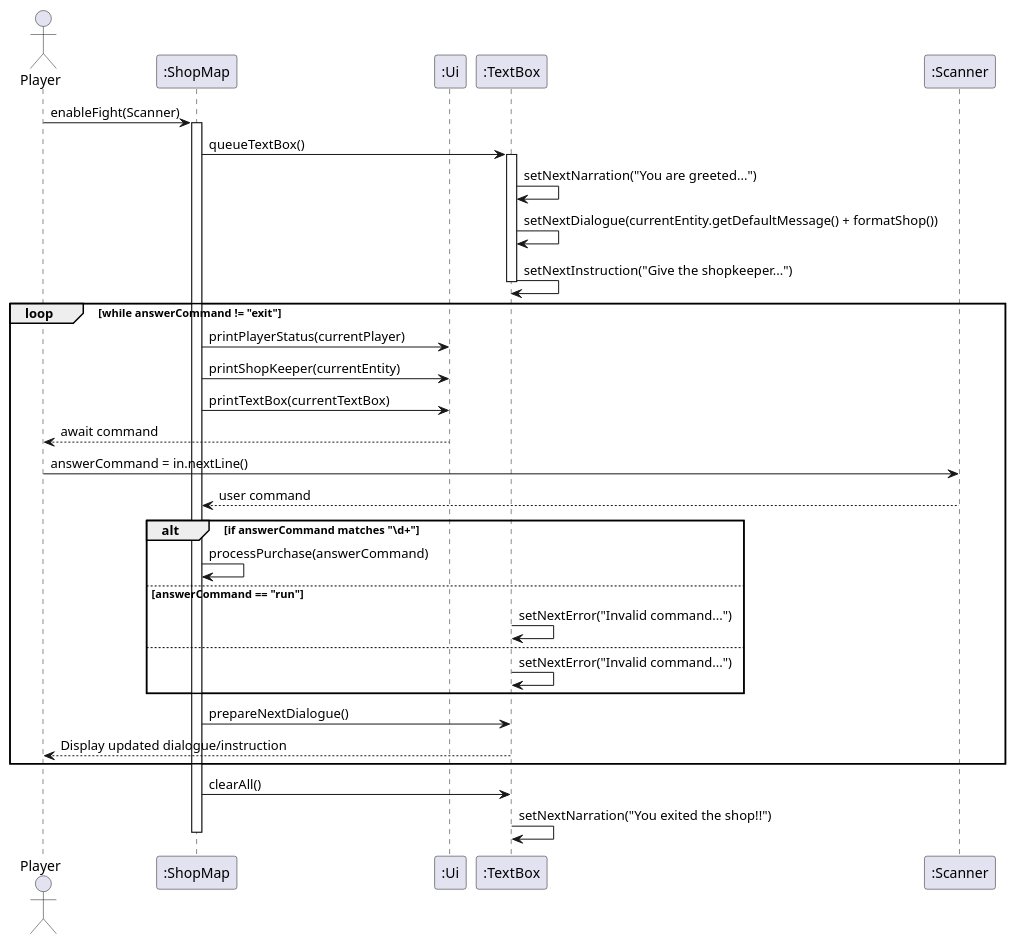
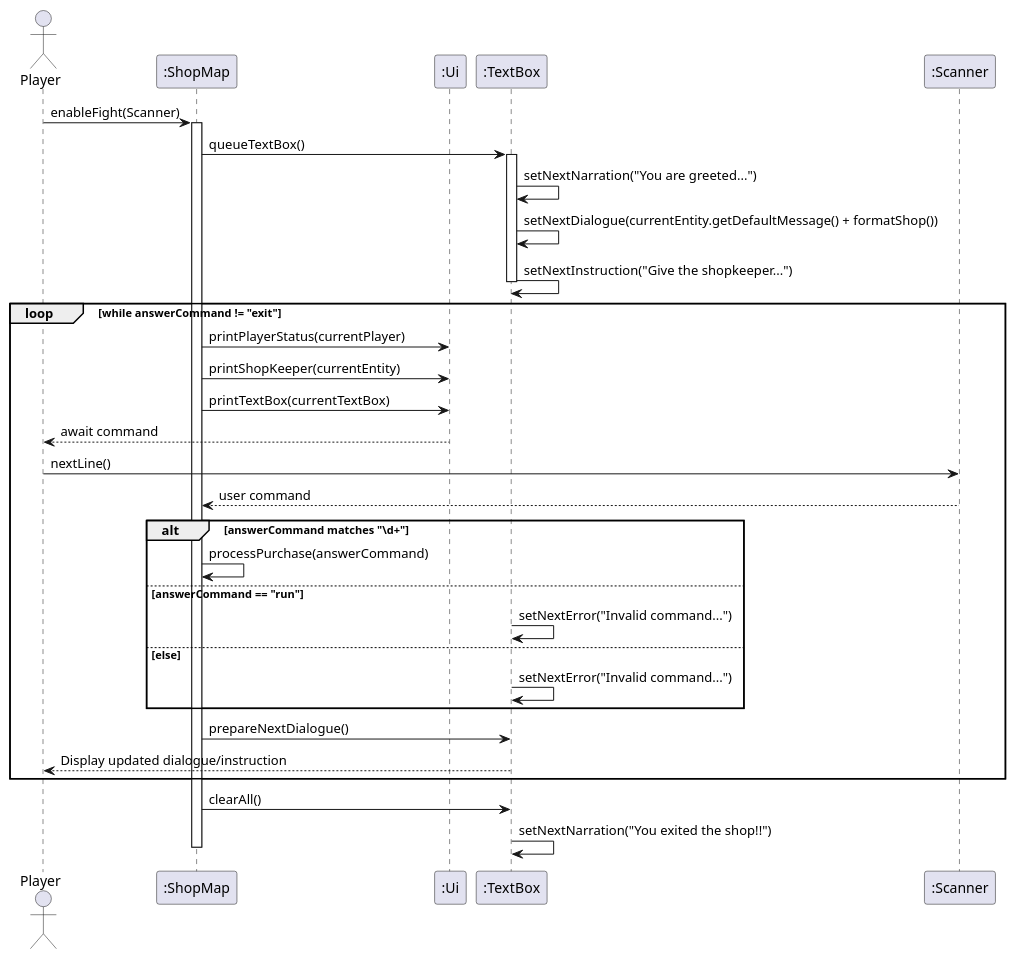
One commit to aaravrawal52/tp changed the diagram in docs/diagrams/ShopMap.puml. Above: the diagram before and after it, drawn with PlantUML. The commit also changed 2 other files, not shown here.

```diff
--- a/docs/diagrams/ShopMap.puml
+++ b/docs/diagrams/ShopMap.puml
@@ -1,41 +1,41 @@
 @startuml
 actor Player
 participant ":ShopMap" as Shop
 participant ":Ui" as UI
 participant ":TextBox" as TextBox
 participant ":Scanner" as Scanner
 
 Player -> Shop : enableFight(Scanner)
 activate Shop
 
 Shop -> TextBox : queueTextBox()
 activate TextBox
 TextBox -> TextBox : setNextNarration("You are greeted...")
 TextBox -> TextBox : setNextDialogue(currentEntity.getDefaultMessage() + formatShop())
 TextBox -> TextBox : setNextInstruction("Give the shopkeeper...")
 deactivate TextBox
 
 loop while answerCommand != "exit"
     Shop -> UI : printPlayerStatus(currentPlayer)
     Shop -> UI : printShopKeeper(currentEntity)
     Shop -> UI : printTextBox(currentTextBox)
     UI --> Player : await command
-    Player -> Scanner : answerCommand = in.nextLine()
+    Player -> Scanner : nextLine()
     Scanner --> Shop : user command
 
-    alt if answerCommand matches "\\d+"
+    alt answerCommand matches "\\d+"
         Shop -> Shop : processPurchase(answerCommand)
     else answerCommand == "run"
         TextBox -> TextBox : setNextError("Invalid command...")
-    else
+    else else
         TextBox -> TextBox : setNextError("Invalid command...")
     end if
 
     Shop -> TextBox : prepareNextDialogue()
     TextBox --> Player : Display updated dialogue/instruction
 end
 
 Shop -> TextBox : clearAll()
 TextBox -> TextBox : setNextNarration("You exited the shop!!")
 deactivate Shop
 @enduml
```
